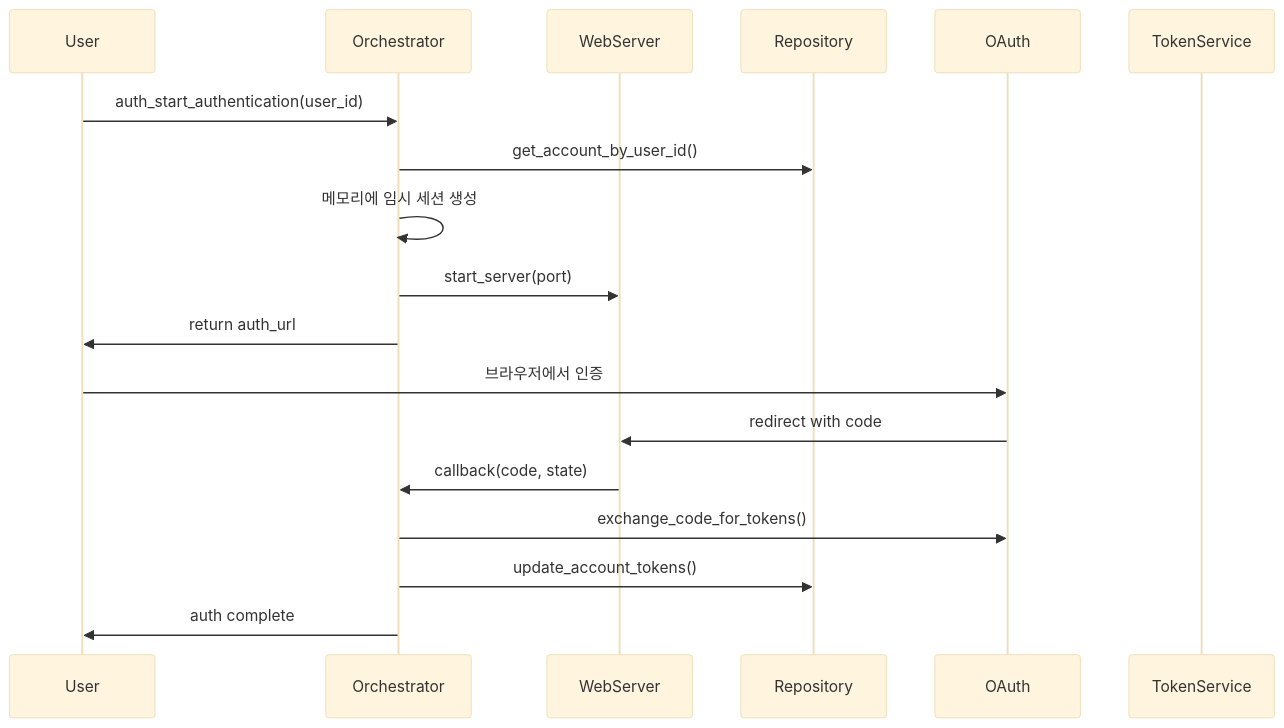
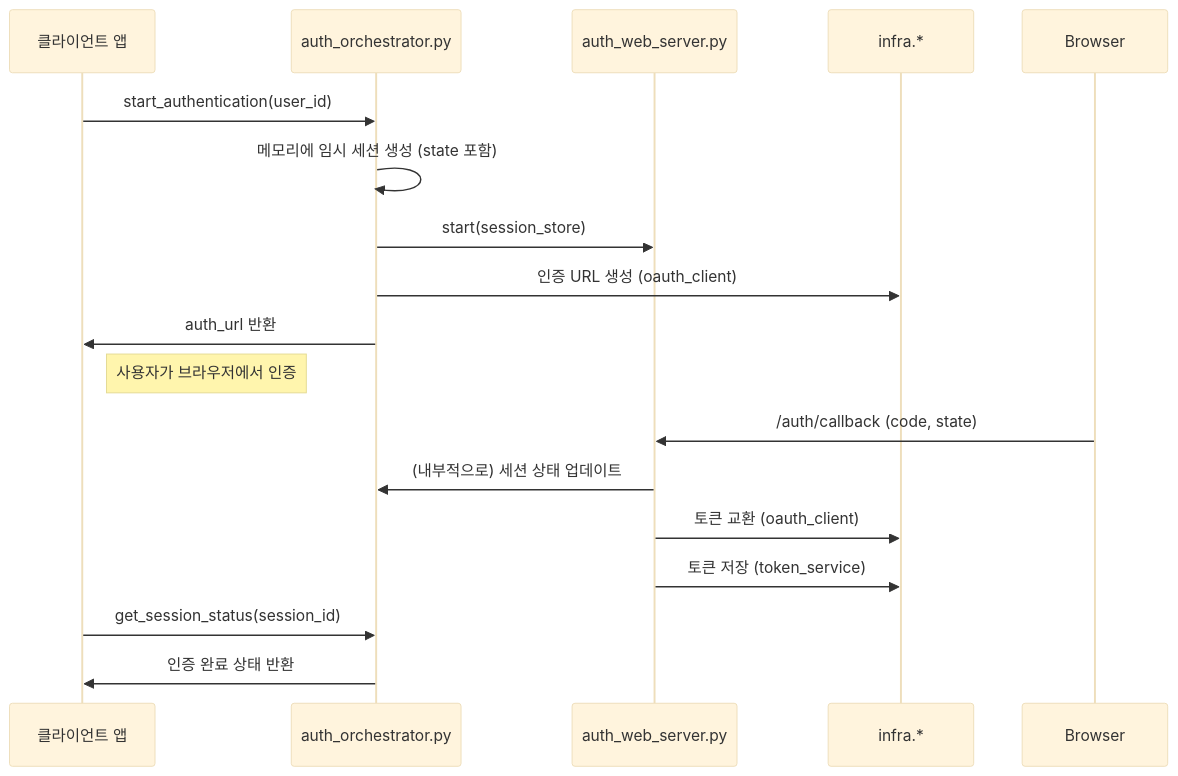
The first of 2 diagrams in modules/auth/auth_implementation_plan.md (kimghw/MailQueryWithMCP), drawn with Mermaid (base theme) before and after one commit. The commit also changed other lines of this file and 31 other files, not shown here.

First line of the commit message:
docs: auth 및 infra 모듈 문서 업데이트

````diff
--- a/modules/auth/auth_implementation_plan.md
+++ b/modules/auth/auth_implementation_plan.md
@@ -146,21 +105,23 @@
 ```mermaid
 sequenceDiagram
-    participant User
-    participant Orchestrator
-    participant WebServer
-    participant Repository
-    participant OAuth
-    participant TokenService
+    participant ClientApp as 클라이언트 앱
+    participant AuthOrchestrator as auth_orchestrator.py
+    participant AuthWebServerManager as auth_web_server.py
+    participant InfraServices as infra.*
 
-    User->>Orchestrator: auth_start_authentication(user_id)
-    Orchestrator->>Repository: get_account_by_user_id()
-    Orchestrator->>Orchestrator: 메모리에 임시 세션 생성
-    Orchestrator->>WebServer: start_server(port)
-    Orchestrator->>User: return auth_url
-    User->>OAuth: 브라우저에서 인증
-    OAuth->>WebServer: redirect with code
-    WebServer->>Orchestrator: callback(code, state)
-    Orchestrator->>OAuth: exchange_code_for_tokens()
-    Orchestrator->>Repository: update_account_tokens()
-    Orchestrator->>User: auth complete
+    ClientApp->>AuthOrchestrator: start_authentication(user_id)
+    AuthOrchestrator->>AuthOrchestrator: 메모리에 임시 세션 생성 (state 포함)
+    AuthOrchestrator->>AuthWebServerManager: start(session_store)
+    AuthOrchestrator->>InfraServices: 인증 URL 생성 (oauth_client)
+    AuthOrchestrator->>ClientApp: auth_url 반환
+
+    Note right of ClientApp: 사용자가 브라우저에서 인증
+    
+    Browser->>AuthWebServerManager: /auth/callback (code, state)
+    AuthWebServerManager->>AuthOrchestrator: (내부적으로) 세션 상태 업데이트
+    AuthWebServerManager->>InfraServices: 토큰 교환 (oauth_client)
+    AuthWebServerManager->>InfraServices: 토큰 저장 (token_service)
+    
+    ClientApp->>AuthOrchestrator: get_session_status(session_id)
+    AuthOrchestrator->>ClientApp: 인증 완료 상태 반환
 ```
````
